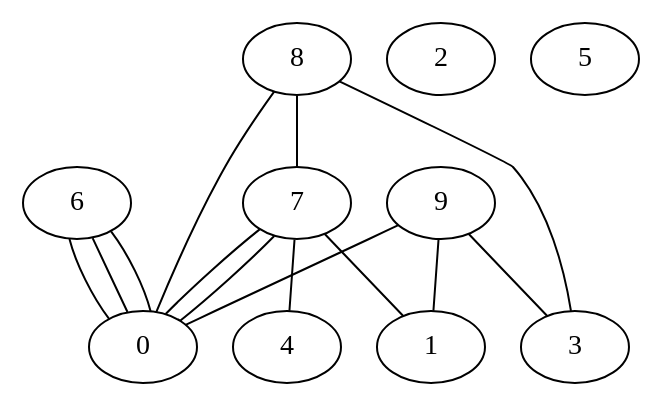
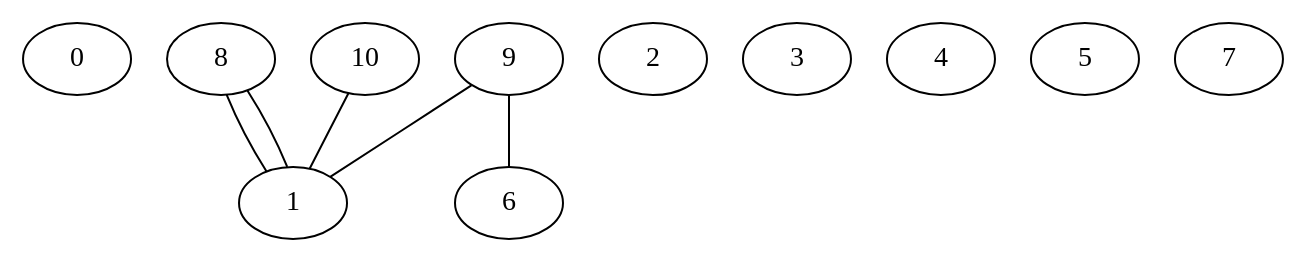
Before and after one commit to denizsurmeli/random-graph-generator: the diagram in feeds/out/O-9-11-11-SA.dot, drawn with Graphviz. The commit also changed 670 other files, not shown here.

```diff
--- a/feeds/out/O-9-11-11-SA.dot
+++ b/feeds/out/O-9-11-11-SA.dot
@@ -1,25 +1,18 @@
 graph G {
 0;
 1;
 2;
 3;
 4;
 5;
 6;
 7;
 8;
 9;
-9--3 ;
+10;
+10--1 ;
+9--6 ;
 9--1 ;
-9--0 ;
-8--7 ;
-8--3 ;
-8--0 ;
-7--0 ;
-7--4 ;
-7--1 ;
-7--0 ;
-6--0 ;
-6--0 ;
-6--0 ;
+8--1 ;
+8--1 ;
 }
```
